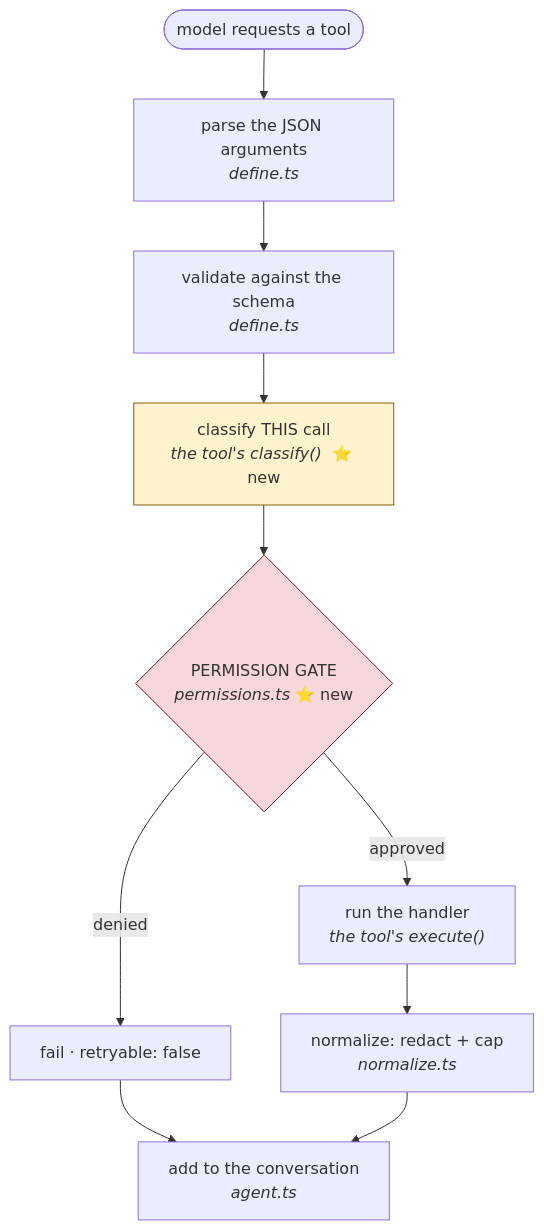
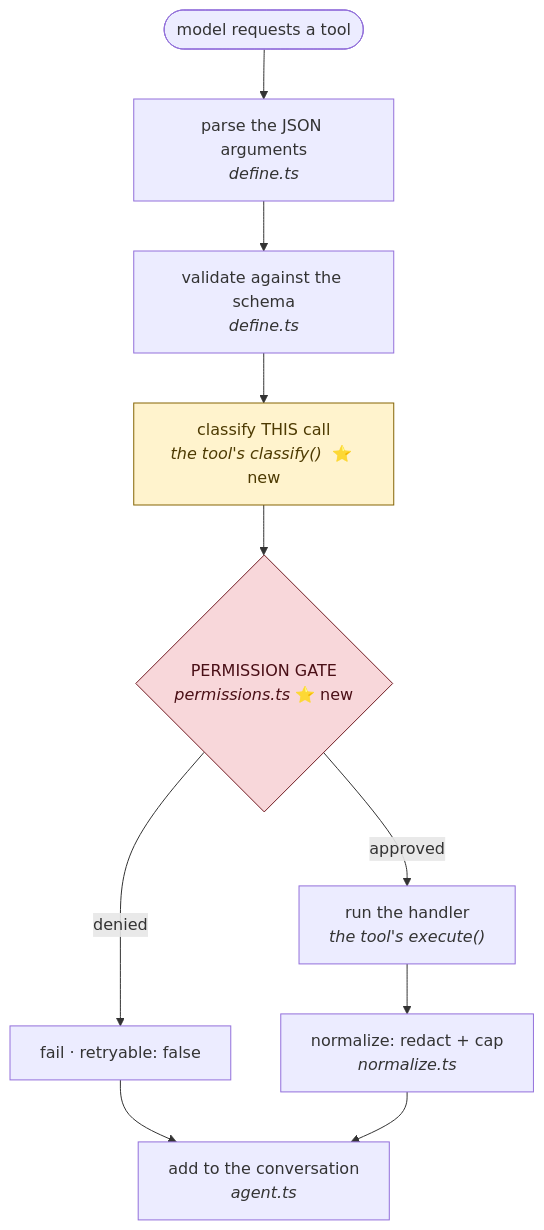
Before and after one commit to bairoy/KRIMICODE: the diagram in learning/day-2/00-start-here.md, drawn with Mermaid. The commit also changed 7 other files, not shown here.

Commit message:
improved the mermaid diagram rendering

````diff
--- a/learning/day-2/00-start-here.md
+++ b/learning/day-2/00-start-here.md
@@ -67,15 +67,15 @@
 ```mermaid
 flowchart TD
     M(["model requests a tool"]) --> P["parse the JSON arguments<br/><i>define.ts</i>"]
     P --> V["validate against the schema<br/><i>define.ts</i>"]
     V --> CL["classify THIS call<br/><i>the tool's classify()</i>  ⭐ new"]
     CL --> G{"PERMISSION GATE<br/><i>permissions.ts</i>  ⭐ new"}
     G -->|"denied"| D["fail · retryable: false"]
     G -->|"approved"| H["run the handler<br/><i>the tool's execute()</i>"]
     H --> N["normalize: redact + cap<br/><i>normalize.ts</i>"]
     D --> A
     N --> A["add to the conversation<br/><i>agent.ts</i>"]
 
-    style CL fill:#fff3cd,stroke:#856404
-    style G fill:#f8d7da,stroke:#721c24
+    style CL fill:#fff3cd,stroke:#856404,color:#4d3a02
+    style G fill:#f8d7da,stroke:#721c24,color:#4a0f16
 ```
````
